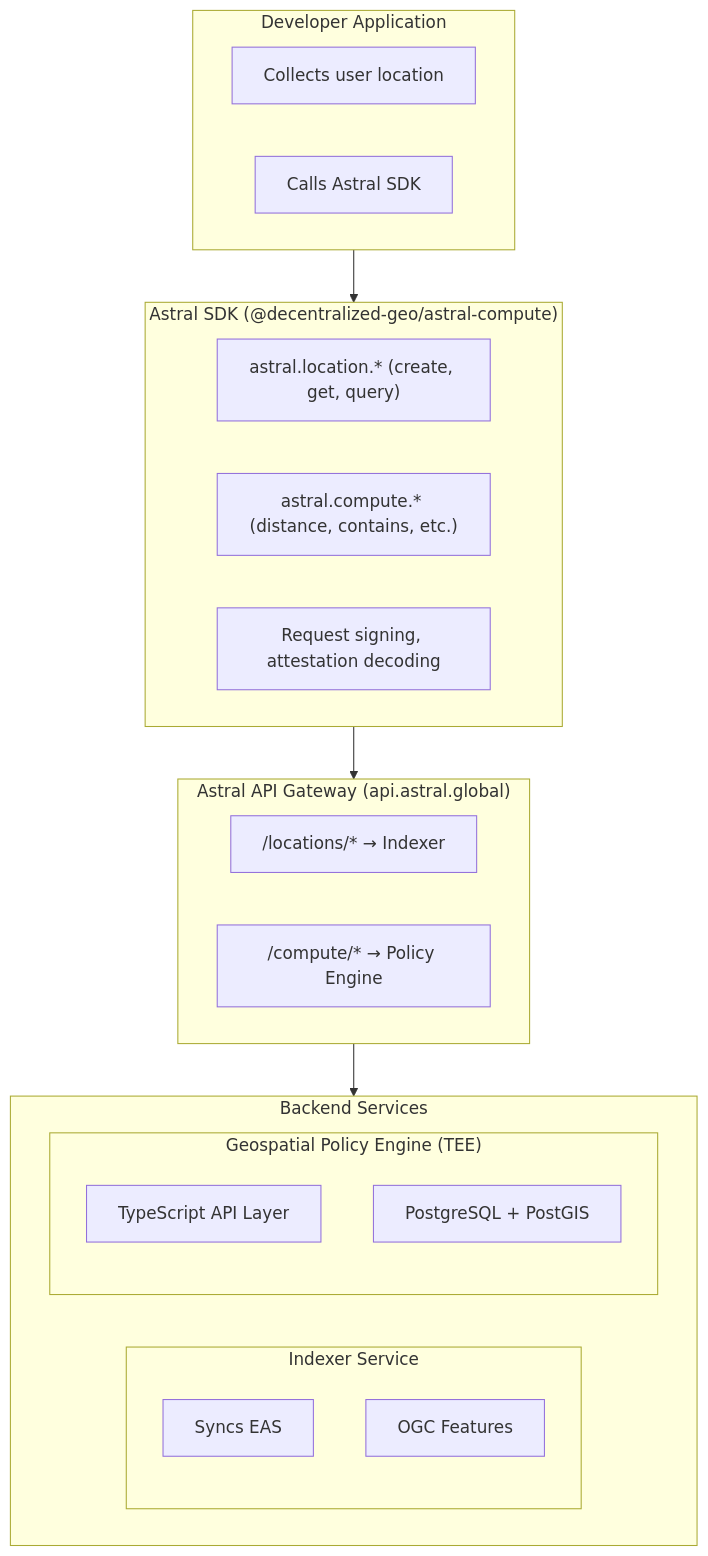
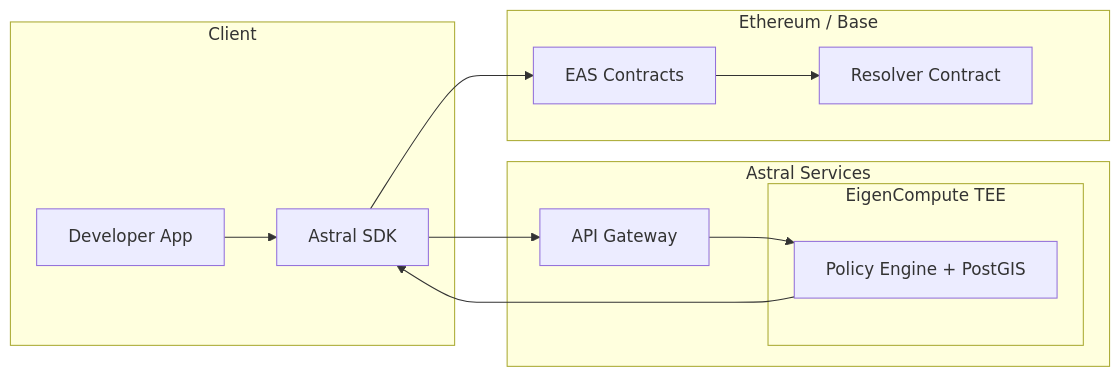
The first of 3 diagrams in how-it-works.mdx (AstralProtocol/mintlify-docs), drawn with Mermaid before and after one commit. The commit also changed other lines of this file and 26 other files, not shown here.

````diff
--- a/how-it-works.mdx
+++ b/how-it-works.mdx
@@ -16,34 +16,26 @@
 ```mermaid
-flowchart TB
-    subgraph App["Developer Application"]
-        A1[Collects user location]
-        A2[Calls Astral SDK]
+flowchart LR
+    subgraph Client["Client"]
+        App[Developer App]
+        SDK[Astral SDK]
     end
 
-    subgraph SDK["Astral SDK (@decentralized-geo/astral-compute)"]
-        S1["astral.location.* (create, get, query)"]
-        S2["astral.compute.* (distance, contains, etc.)"]
-        S3[Request signing, attestation decoding]
-    end
-
-    subgraph Gateway["Astral API Gateway (api.astral.global)"]
-        G1["/locations/* → Indexer"]
-        G2["/compute/* → Policy Engine"]
-    end
-
-    subgraph Services["Backend Services"]
-        subgraph Indexer["Indexer Service"]
-            I1[Syncs EAS]
-            I2[OGC Features]
-        end
-
-        subgraph Compute["Geospatial Policy Engine (TEE)"]
-            C1[TypeScript API Layer]
-            C2[PostgreSQL + PostGIS]
+    subgraph Astral["Astral Services"]
+        API[API Gateway]
+        subgraph TEE["EigenCompute TEE"]
+            Engine[Policy Engine + PostGIS]
         end
     end
 
+    subgraph Chain["Ethereum / Base"]
+        EAS[EAS Contracts]
+        Resolver[Resolver Contract]
+    end
+
     App --> SDK
-    SDK --> Gateway
-    Gateway --> Services
+    SDK --> API
+    API --> Engine
+    Engine --> SDK
+    SDK --> EAS
+    EAS --> Resolver
 ```
````
